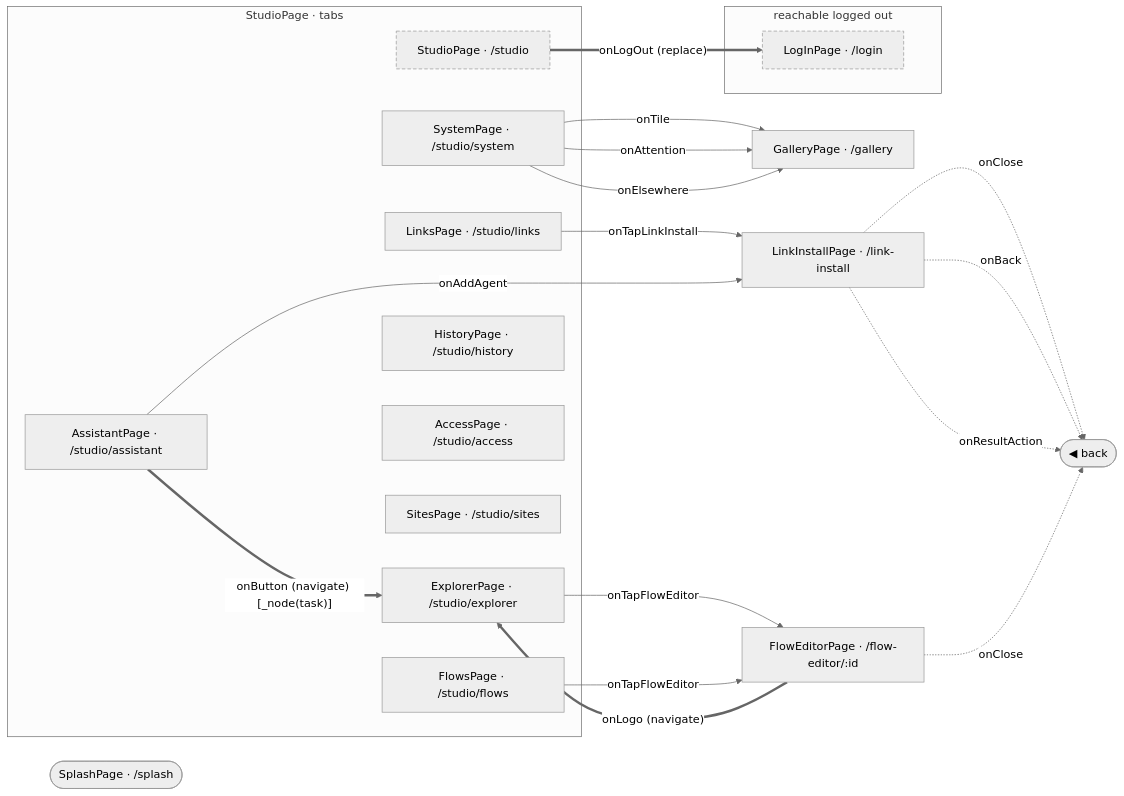
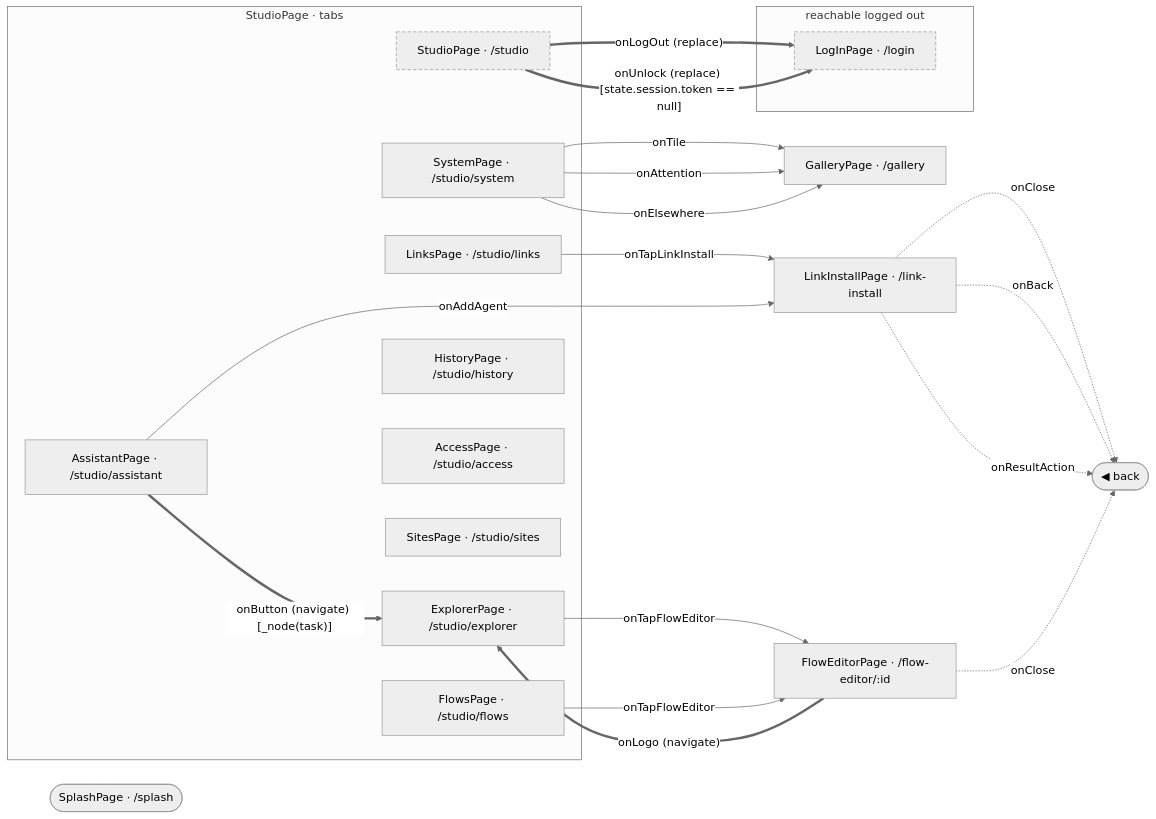
Before and after one commit to gencto/wyrm: the diagram in studio/docs/flows/README.md, drawn with Mermaid (neutral theme). The commit also changed other lines of this file and 37 other files, not shown here.

First line of the commit message:
studio: unlock forms, offer, idle lock, step-up dialog, Account › Security, devices in Access

````diff
--- a/studio/docs/flows/README.md
+++ b/studio/docs/flows/README.md
@@ -7,40 +7,41 @@
 ```mermaid
 flowchart LR
     subgraph frxPublic["reachable logged out"]
         logIn["LogInPage · /login"]
     end
     splash(["SplashPage · /splash"])
     gallery["GalleryPage · /gallery"]
     subgraph frxTabs_studio["StudioPage · tabs"]
         studio["StudioPage · /studio"]
         explorer["ExplorerPage · /studio/explorer"]
         links["LinksPage · /studio/links"]
         flows["FlowsPage · /studio/flows"]
         history["HistoryPage · /studio/history"]
         access["AccessPage · /studio/access"]
         sites["SitesPage · /studio/sites"]
         assistant["AssistantPage · /studio/assistant"]
         system["SystemPage · /studio/system"]
     end
     linkInstall["LinkInstallPage · /link-install"]
     flowEditor["FlowEditorPage · /flow-editor/:id"]
     frxBack(["◀ back"])
 
     studio ==>|"onLogOut (replace)"| logIn
+    studio ==>|"onUnlock (replace) [state.session.token == null]"| logIn
     explorer -->|"onTapFlowEditor"| flowEditor
     links -->|"onTapLinkInstall"| linkInstall
     flows -->|"onTapFlowEditor"| flowEditor
     assistant -->|"onAddAgent"| linkInstall
     assistant ==>|"onButton (navigate) [_node(task)]"| explorer
     system -->|"onTile"| gallery
     system -->|"onAttention"| gallery
     system -->|"onElsewhere"| gallery
     linkInstall -.->|"onClose"| frxBack
     linkInstall -.->|"onBack"| frxBack
     linkInstall -.->|"onResultAction"| frxBack
     flowEditor -.->|"onClose"| frxBack
     flowEditor ==>|"onLogo (navigate)"| explorer
 
     classDef frxEntry stroke-dasharray: 5 3
     class logIn,studio frxEntry
 ```
````
